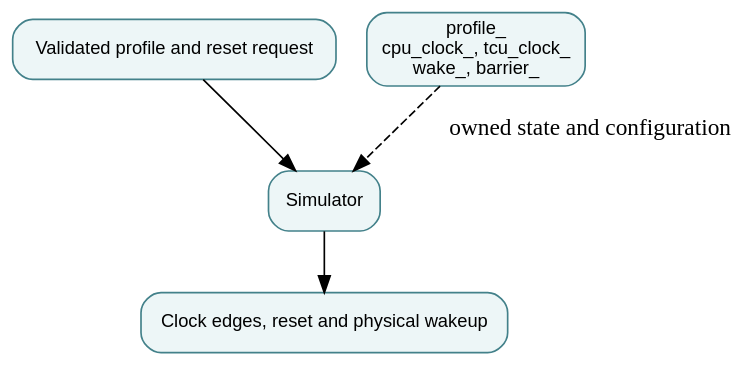
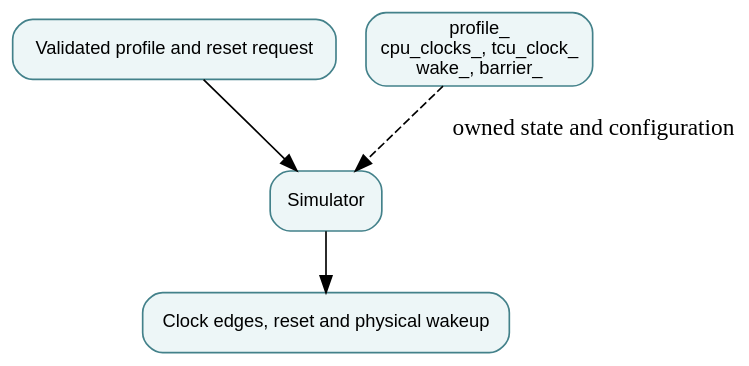
One commit to qsbit-org/qsbit-sim changed the diagram in docs/modules/platform-and-clock-adapter.md. Above: the diagram before and after it, drawn with Graphviz. The commit also changed other lines of this file and 48 other files, not shown here.

````diff
--- a/docs/modules/platform-and-clock-adapter.md
+++ b/docs/modules/platform-and-clock-adapter.md
@@ -22,11 +22,11 @@
 ```{graphviz}
 digraph module {
   rankdir=TB; bgcolor="transparent";
   node [shape=box, style="rounded,filled", fillcolor="#edf6f7", color="#43818a", fontname="sans-serif", fontsize=11];
   input [label="Validated profile and reset request"];
   owner [label="Simulator"];
-  state [label="profile_\ncpu_clock_, tcu_clock_\nwake_, barrier_"];
+  state [label="profile_\ncpu_clocks_, tcu_clock_\nwake_, barrier_"];
   output [label="Clock edges, reset and physical wakeup"];
   input -> owner; owner -> output; state -> owner [style=dashed, label="owned state and configuration"];
 }
 ```
````
